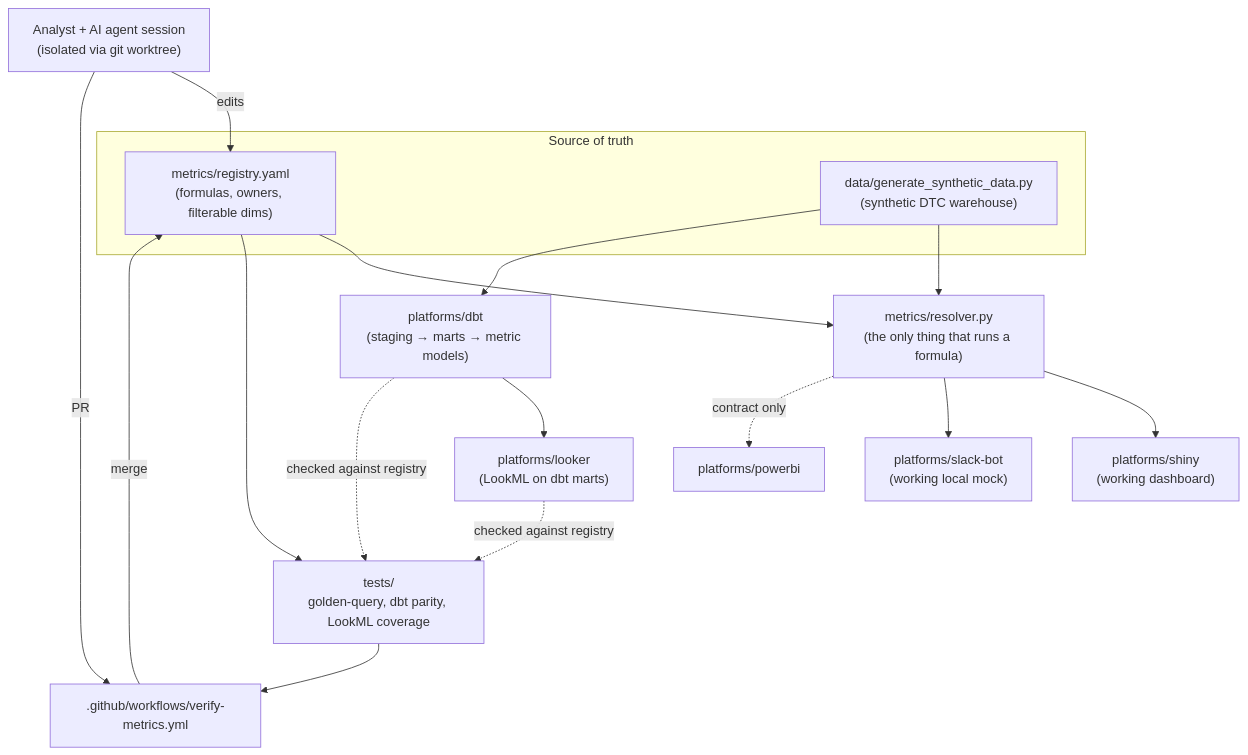
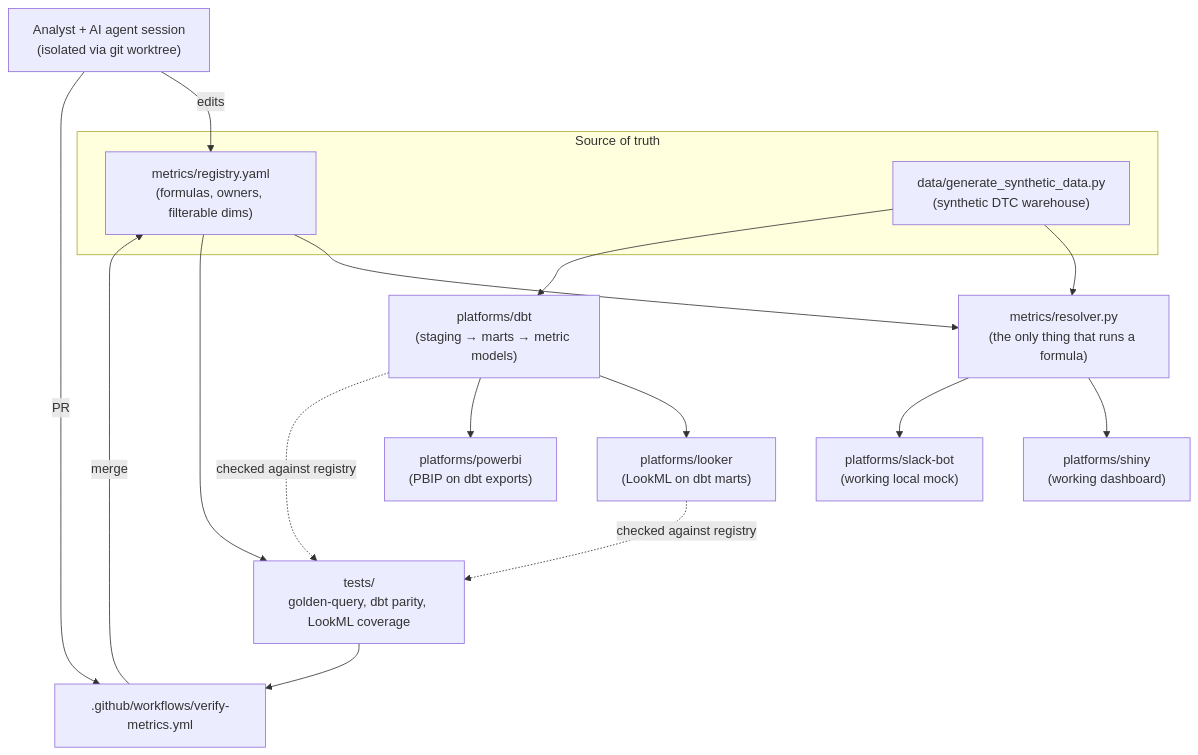
Before and after one commit to davidayala16/bi-framework: the diagram in docs/ARCHITECTURE.md, drawn with Mermaid. The commit also changed other lines of this file and 41 other files, not shown here.

````diff
--- a/docs/ARCHITECTURE.md
+++ b/docs/ARCHITECTURE.md
@@ -11,31 +11,31 @@
 ```mermaid
 flowchart TD
     subgraph Source of truth
         REG["metrics/registry.yaml<br/>(formulas, owners, filterable dims)"]
         DATA["data/generate_synthetic_data.py<br/>(synthetic DTC warehouse)"]
     end
 
     RES["metrics/resolver.py<br/>(the only thing that runs a formula)"]
 
     REG --> RES
     DATA --> RES
 
     RES --> SHINY["platforms/shiny<br/>(working dashboard)"]
     RES --> SLACK["platforms/slack-bot<br/>(working local mock)"]
-    RES -.contract only.-> PBI["platforms/powerbi"]
 
     DBT["platforms/dbt<br/>(staging → marts → metric models)"]
     LOOKER["platforms/looker<br/>(LookML on dbt marts)"]
     DATA --> DBT --> LOOKER
+    DBT --> PBI["platforms/powerbi<br/>(PBIP on dbt exports)"]
 
     TESTS["tests/<br/>golden-query, dbt parity, LookML coverage"]
     CI[".github/workflows/verify-metrics.yml"]
     REG --> TESTS --> CI
     DBT -.checked against registry.-> TESTS
     LOOKER -.checked against registry.-> TESTS
 
     ANALYST["Analyst + AI agent session<br/>(isolated via git worktree)"]
     ANALYST -- edits --> REG
     ANALYST -- PR --> CI
     CI -- merge --> REG
 ```
````
